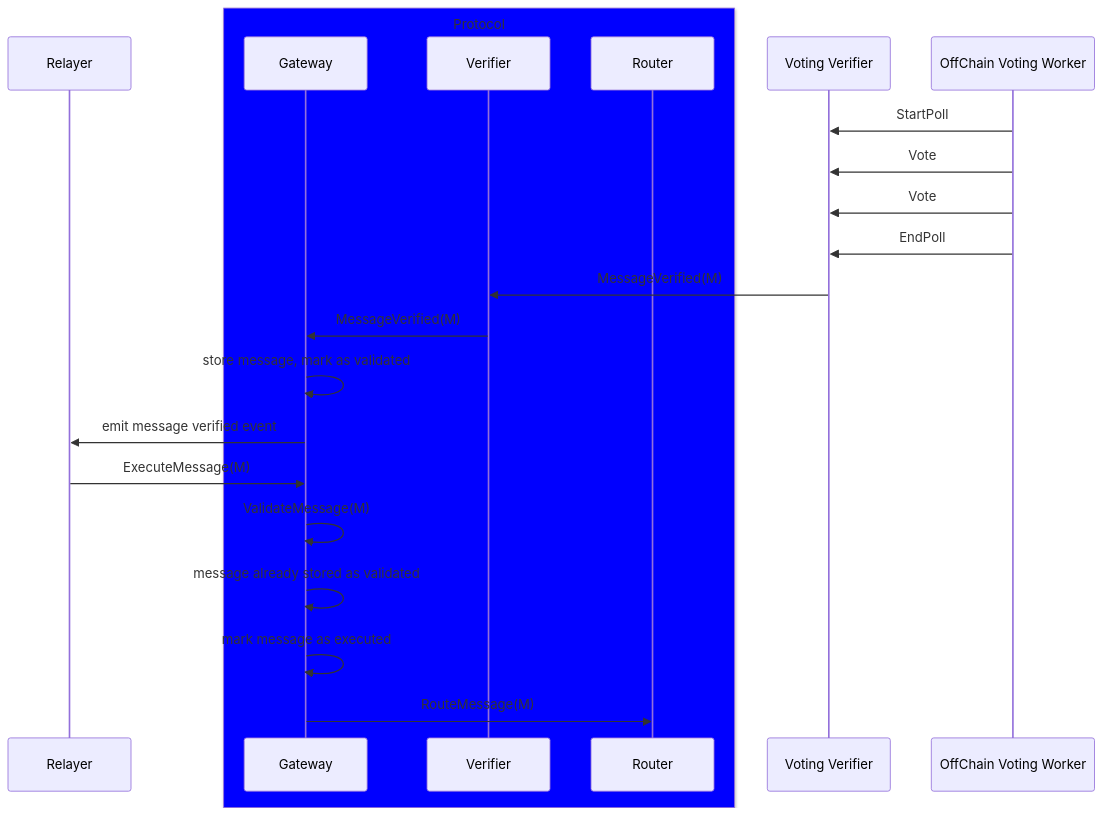
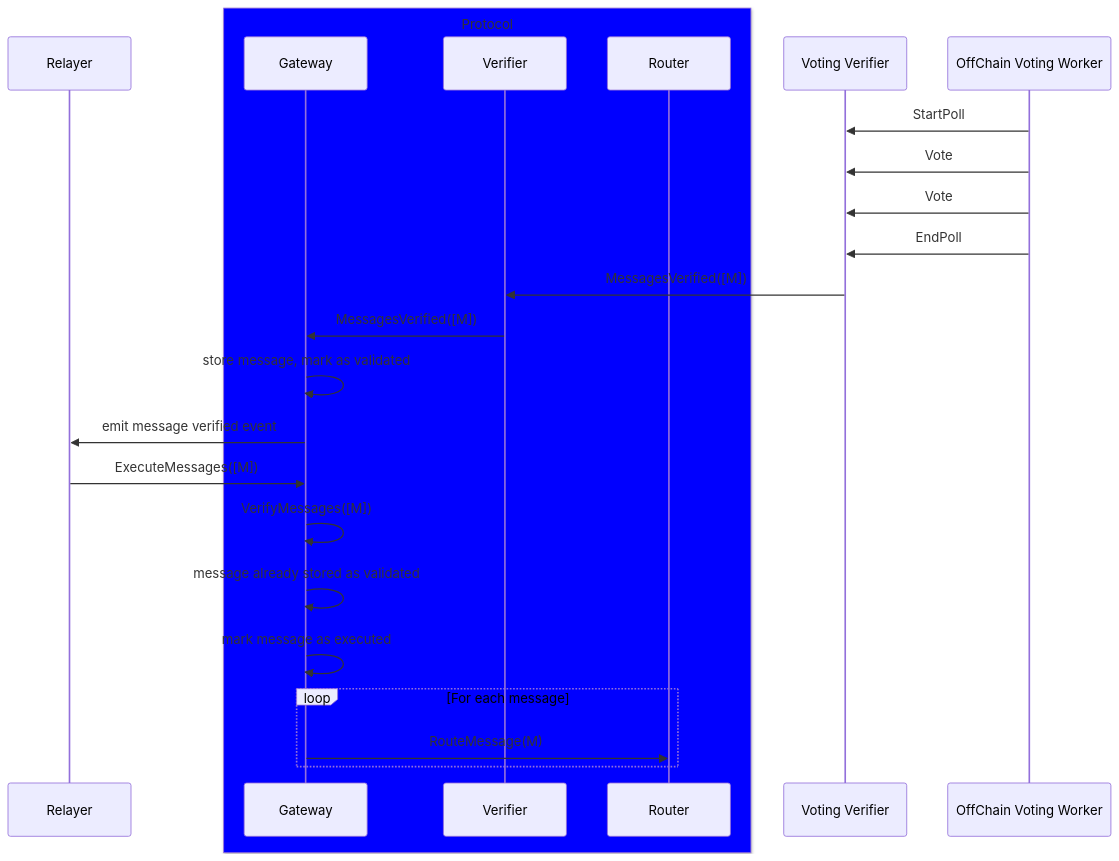
Before and after one commit to axelarnetwork/axelar-amplifier: the fifth of 13 diagrams in README.md, drawn with Mermaid. The commit also changed other lines of this file, not shown here.

````diff
--- a/README.md
+++ b/README.md
@@ -157,27 +163,29 @@
 ```mermaid
 sequenceDiagram
     participant Relayer
     box Blue Protocol
     participant Gateway
     participant Verifier
     participant Router
     end
     participant Voting Verifier
     participant OffChain Voting Worker
 
     OffChain Voting Worker->>Voting Verifier: StartPoll
     OffChain Voting Worker->>Voting Verifier: Vote
     OffChain Voting Worker->>Voting Verifier: Vote
     OffChain Voting Worker->>Voting Verifier: EndPoll
 
-    Voting Verifier->>Verifier: MessageVerified(M)
-    Verifier->>Gateway: MessageVerified(M)
+    Voting Verifier->>Verifier: MessagesVerified([M])
+    Verifier->>Gateway: MessagesVerified([M])
     Gateway->>Gateway: store message, mark as validated
     Gateway->>Relayer: emit message verified event
 
-    Relayer->>Gateway: ExecuteMessage(M)
-    Gateway->>Gateway: ValidateMessage(M)
+    Relayer->>Gateway: ExecuteMessages([M])
+    Gateway->>Gateway: VerifyMessages([M])
     Gateway->>Gateway: message already stored as validated
     Gateway->>Gateway: mark message as executed
-    Gateway->>Router: RouteMessage(M)
+    loop For each message
+        Gateway->>Router: RouteMessage(M)
+    end
 ```
````
